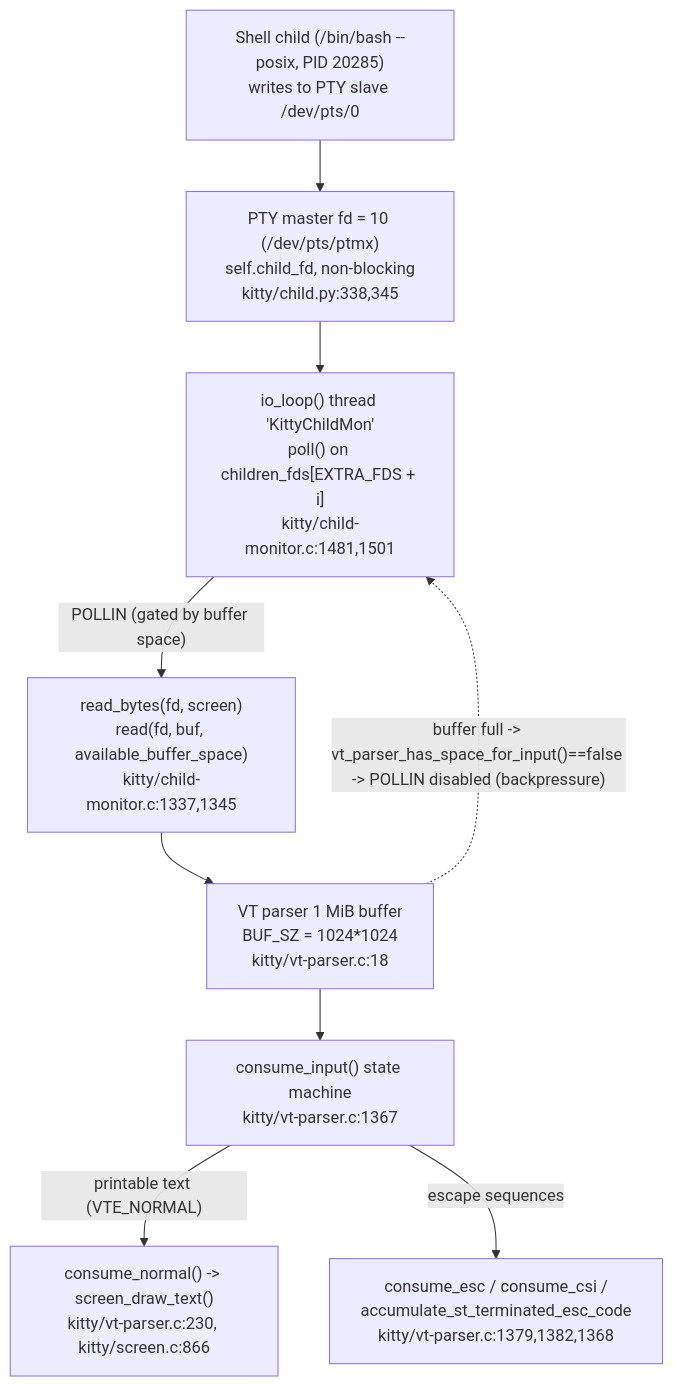
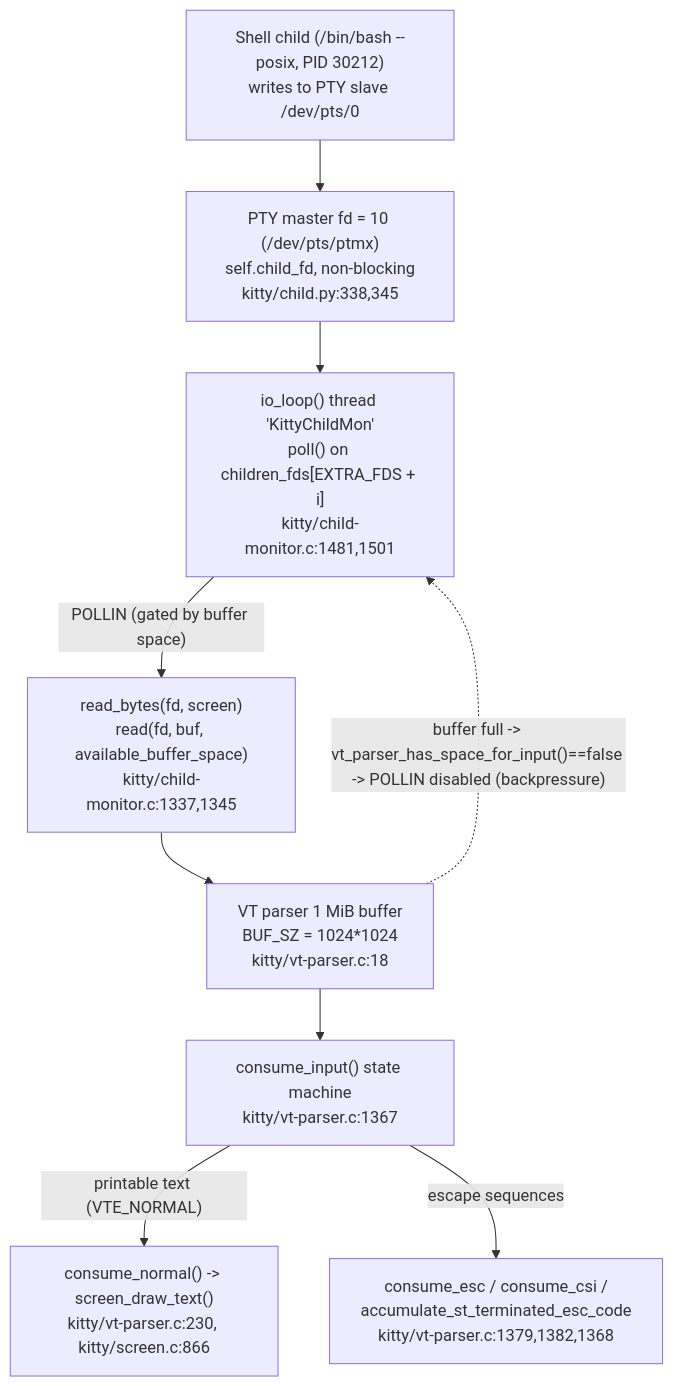
The diagram in blitzy/documentation/kitty_815df1e210e0.md (blitzy-research/kitty), drawn with Mermaid before and after one commit. The commit also changed other lines of this file, not shown here.

First line of the commit message:
docs: make Q1 kitty @ ls evidence verbatim in PTY Q&A (QA R3 fix)

````diff
--- a/blitzy/documentation/kitty_815df1e210e0.md
+++ b/blitzy/documentation/kitty_815df1e210e0.md
@@ -113,12 +113,12 @@
 ```mermaid
 flowchart TD
-    A["Shell child (/bin/bash --posix, PID 20285)<br/>writes to PTY slave /dev/pts/0"]
+    A["Shell child (/bin/bash --posix, PID 30212)<br/>writes to PTY slave /dev/pts/0"]
       --> B["PTY master fd = 10 (/dev/pts/ptmx)<br/>self.child_fd, non-blocking<br/>kitty/child.py:338,345"]
     B --> C["io_loop() thread 'KittyChildMon'<br/>poll() on children_fds[EXTRA_FDS + i]<br/>kitty/child-monitor.c:1481,1501"]
     C -->|"POLLIN (gated by buffer space)"| D["read_bytes(fd, screen)<br/>read(fd, buf, available_buffer_space)<br/>kitty/child-monitor.c:1337,1345"]
     D --> E["VT parser 1 MiB buffer<br/>BUF_SZ = 1024*1024<br/>kitty/vt-parser.c:18"]
     E --> F["consume_input() state machine<br/>kitty/vt-parser.c:1367"]
     F -->|"printable text (VTE_NORMAL)"| G["consume_normal() -> screen_draw_text()<br/>kitty/vt-parser.c:230, kitty/screen.c:866"]
     F -->|"escape sequences"| H["consume_esc / consume_csi /<br/>accumulate_st_terminated_esc_code<br/>kitty/vt-parser.c:1379,1382,1368"]
     E -. "buffer full -> vt_parser_has_space_for_input()==false -> POLLIN disabled (backpressure)" .-> C
 ```
````
